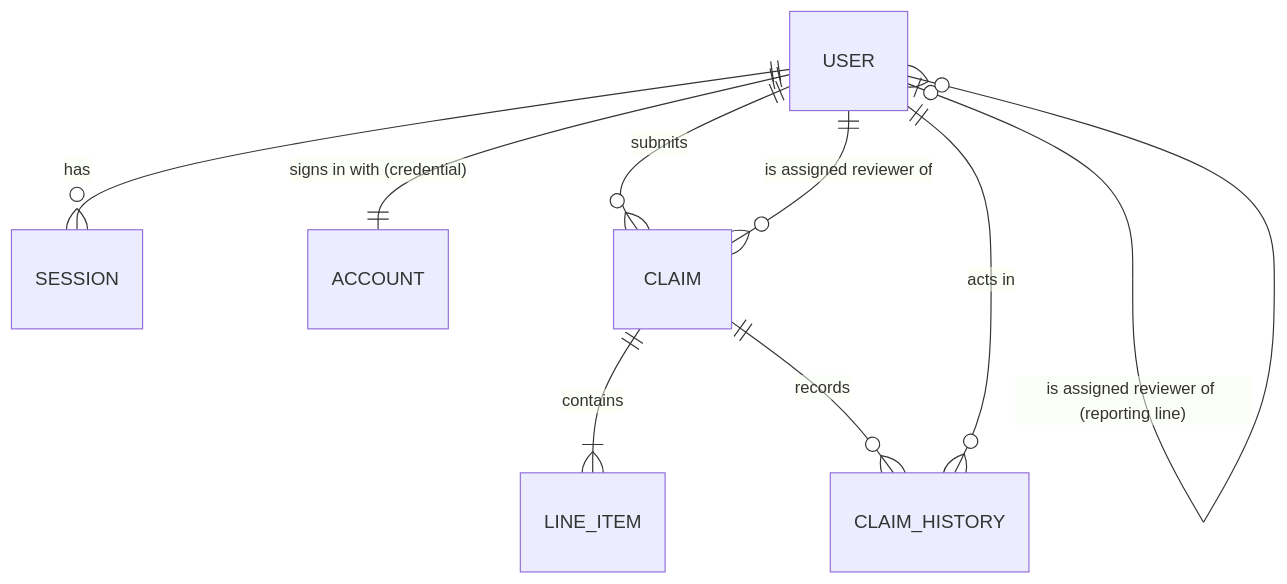
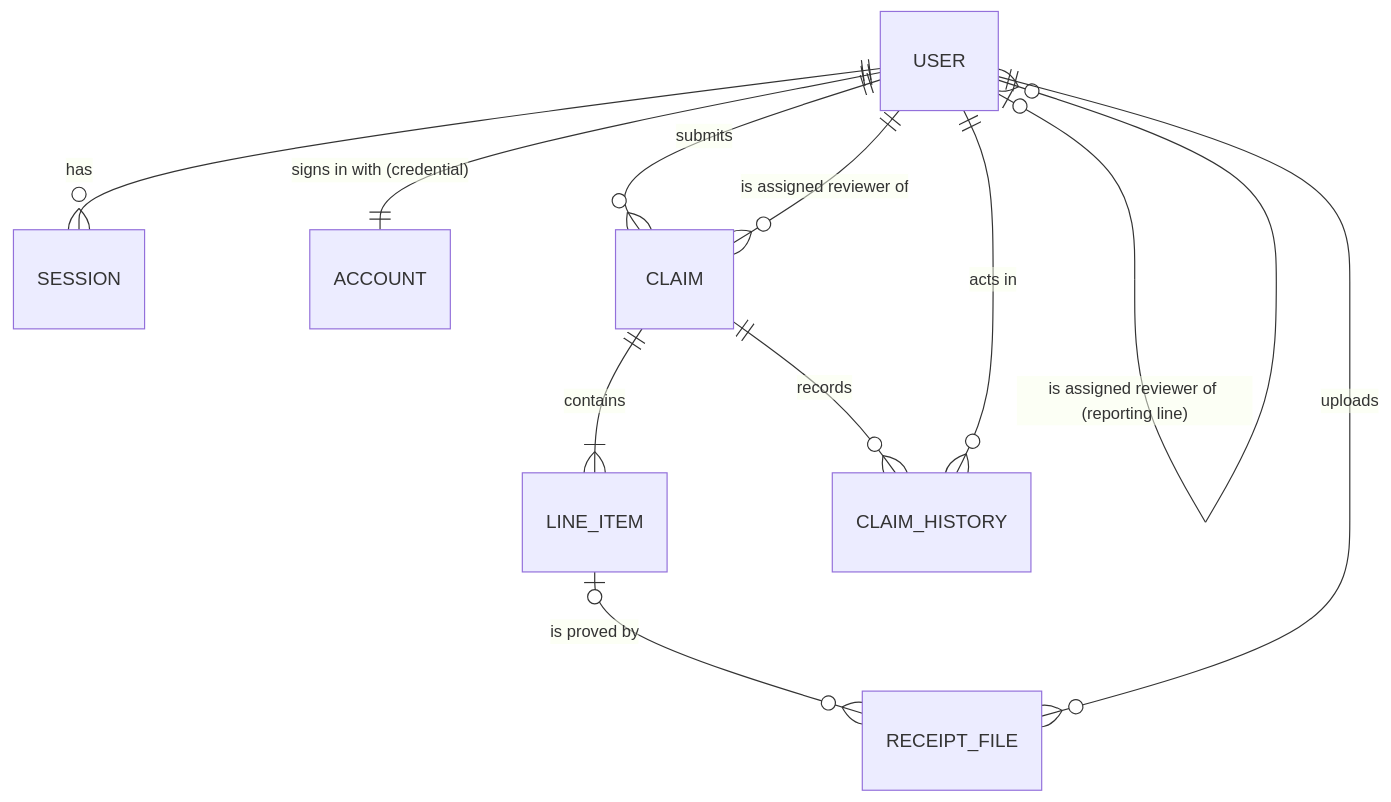
Before and after one commit to beambeambeam/claimflow: the second of 4 diagrams in docs/system-sds.md, drawn with Mermaid. The commit also changed other lines of this file and 7 other files, not shown here.

````diff
--- a/docs/system-sds.md
+++ b/docs/system-sds.md
@@ -176,11 +186,13 @@
 ```mermaid
 erDiagram
     USER ||--o{ SESSION : has
     USER ||--|| ACCOUNT : "signs in with (credential)"
     USER ||--o{ CLAIM : submits
     USER ||--o{ CLAIM : "is assigned reviewer of"
     USER |o--o{ USER : "is assigned reviewer of (reporting line)"
     CLAIM ||--|{ LINE_ITEM : contains
+    LINE_ITEM |o--o{ RECEIPT_FILE : "is proved by"
+    USER ||--o{ RECEIPT_FILE : uploads
     CLAIM ||--o{ CLAIM_HISTORY : records
     USER ||--o{ CLAIM_HISTORY : "acts in"
 ```
````
